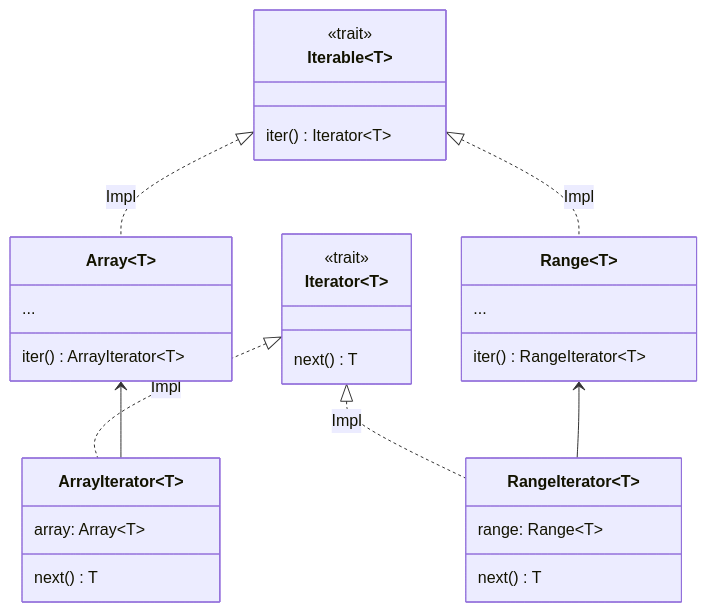
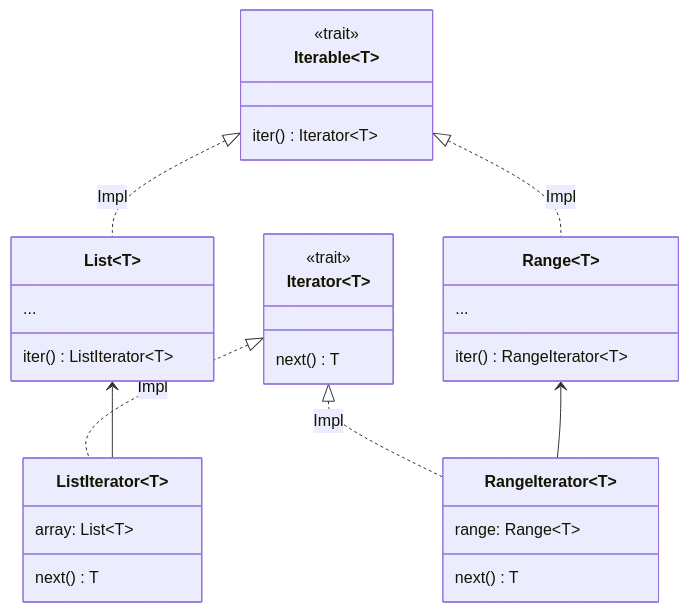
One commit to erg-lang/erg changed the diagram in doc/JA/syntax/18_iterator.md. Above: the diagram before and after it, drawn with Mermaid. The commit also changed other lines of this file and 253 other files, not shown here.

Commit message:
refactor!: rename `Array` -> `List`

````diff
--- a/doc/JA/syntax/18_iterator.md
+++ b/doc/JA/syntax/18_iterator.md
@@ -48,34 +48,34 @@
 ```mermaid
 classDiagram
-    class Array~T~ {
+    class List~T~ {
         ...
-        iter() ArrayIterator~T~
+        iter() ListIterator~T~
     }
     class Range~T~ {
         ...
         iter() RangeIterator~T~
     }
     class Iterable~T~ {
         <<trait>>
         iter() Iterator~T~
     }
-    Iterable~T~ <|.. Array~T~: Impl
+    Iterable~T~ <|.. List~T~: Impl
     Iterable~T~ <|.. Range~T~: Impl
-    class ArrayIterator~T~ {
-        array: Array~T~
+    class ListIterator~T~ {
+        array: List~T~
         next() T
     }
     class RangeIterator~T~ {
         range: Range~T~
         next() T
     }
     class Iterator~T~ {
         <<trait>>
         next() T
     }
-    Iterator~T~ <|.. ArrayIterator~T~: Impl
+    Iterator~T~ <|.. ListIterator~T~: Impl
     Iterator~T~ <|.. RangeIterator~T~: Impl
 
-    Array <-- ArrayIterator
+    List <-- ListIterator
     Range <-- RangeIterator
 ```
````
